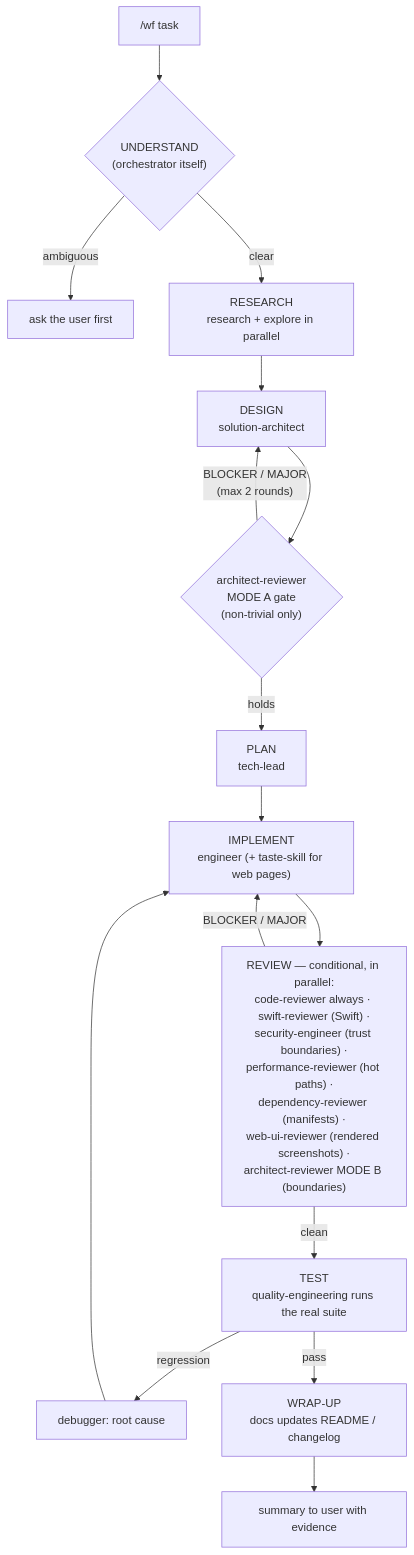
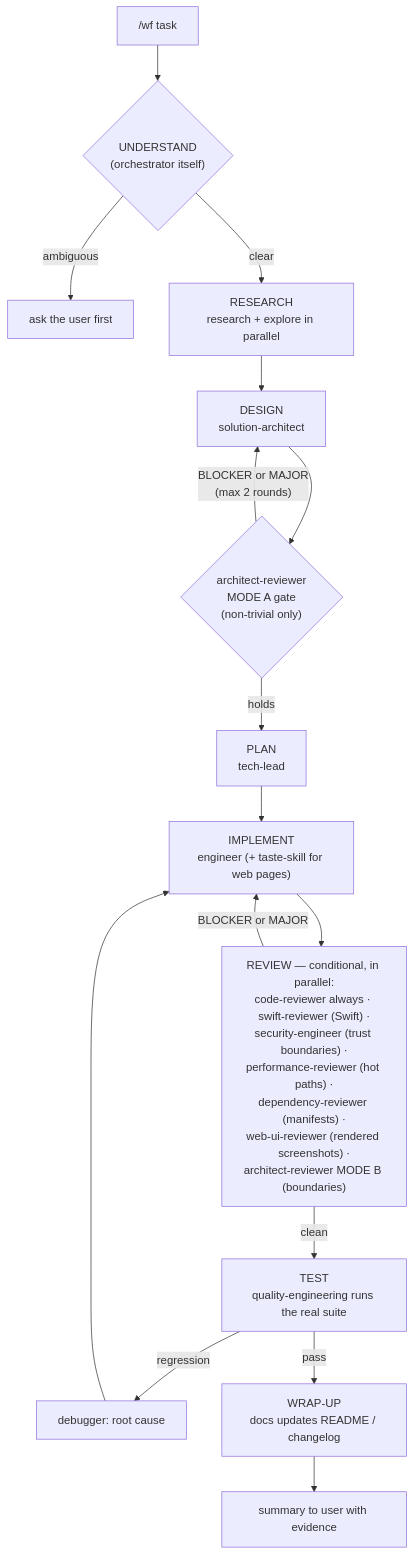
One commit to atomsbaza/my-superpowers changed the first of 3 diagrams in docs/opencode-workflow-setup.md. Above: the diagram before and after it, drawn with Mermaid. The commit also changed other lines of this file and 11 other files, not shown here.

First line of the commit message:
wf(p1-factory-upgrades): IMPLEMENT — Tasks 1-6 (blind dispatch, commit backstop, SCAFFOLD, ROUTINE lane, mermaid diff-summary, allow-pattern **/docs/workflow/*, doc §11 fitness functions)

````diff
--- a/docs/opencode-workflow-setup.md
+++ b/docs/opencode-workflow-setup.md
@@ -42,18 +42,18 @@
 ```mermaid
 flowchart TD
     U["/wf task"] --> U1{"UNDERSTAND<br/>(orchestrator itself)"}
     U1 -->|"ambiguous"| Q["ask the user first"]
     U1 -->|"clear"| R["RESEARCH<br/>research + explore in parallel"]
     R --> D["DESIGN<br/>solution-architect"]
     D --> G1{"architect-reviewer<br/>MODE A gate<br/>(non-trivial only)"}
-    G1 -->|"BLOCKER / MAJOR<br/>(max 2 rounds)"| D
+    G1 -->|"BLOCKER or MAJOR<br/>(max 2 rounds)"| D
     G1 -->|"holds"| P["PLAN<br/>tech-lead"]
     P --> I["IMPLEMENT<br/>engineer (+ taste-skill for web pages)"]
     I --> RV["REVIEW — conditional, in parallel:<br/>code-reviewer always · swift-reviewer (Swift) ·<br/>security-engineer (trust boundaries) ·<br/>performance-reviewer (hot paths) ·<br/>dependency-reviewer (manifests) ·<br/>web-ui-reviewer (rendered screenshots) ·<br/>architect-reviewer MODE B (boundaries)"]
-    RV -->|"BLOCKER / MAJOR"| I
+    RV -->|"BLOCKER or MAJOR"| I
     RV -->|"clean"| T["TEST<br/>quality-engineering runs the real suite"]
     T -->|"regression"| DBG["debugger: root cause"]
     DBG --> I
     T -->|"pass"| W["WRAP-UP<br/>docs updates README / changelog"]
     W --> S["summary to user with evidence"]
 ```
````
